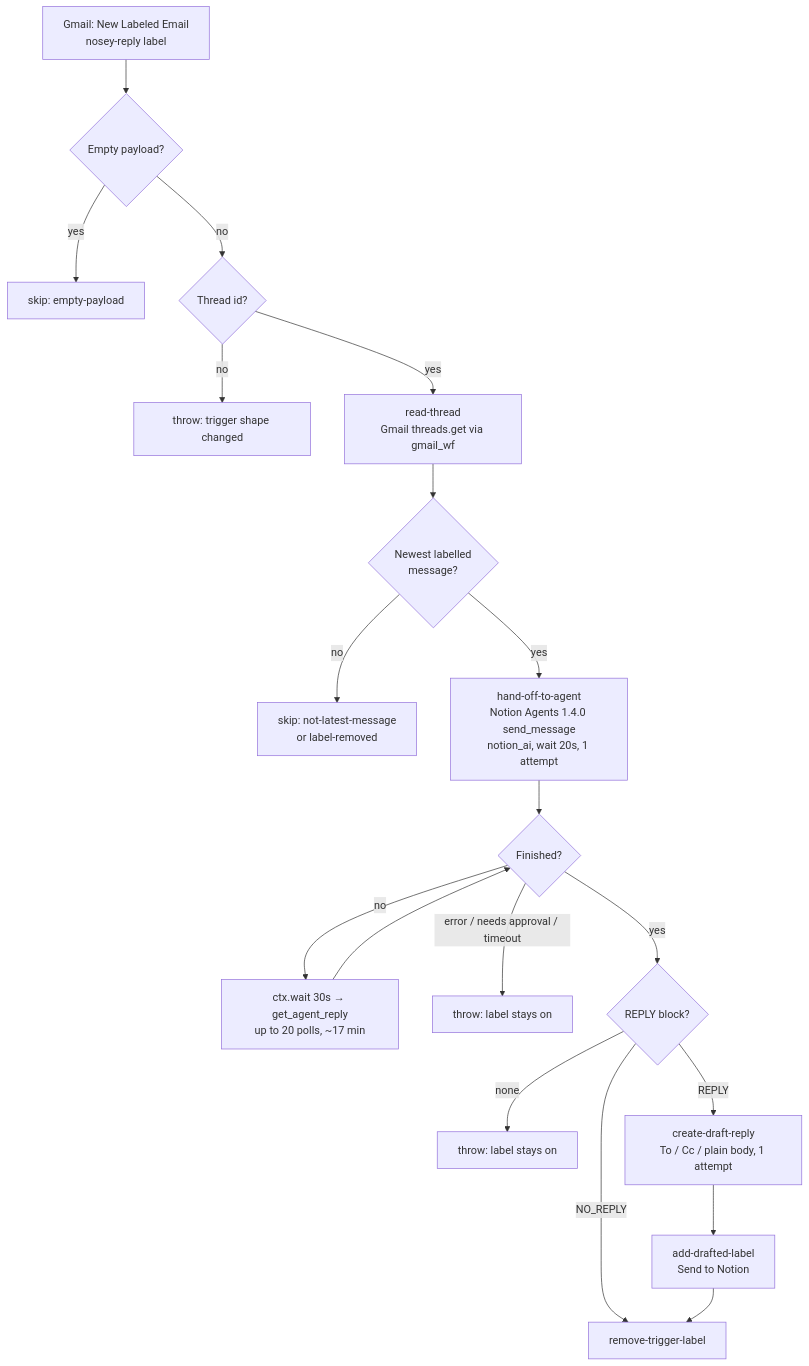
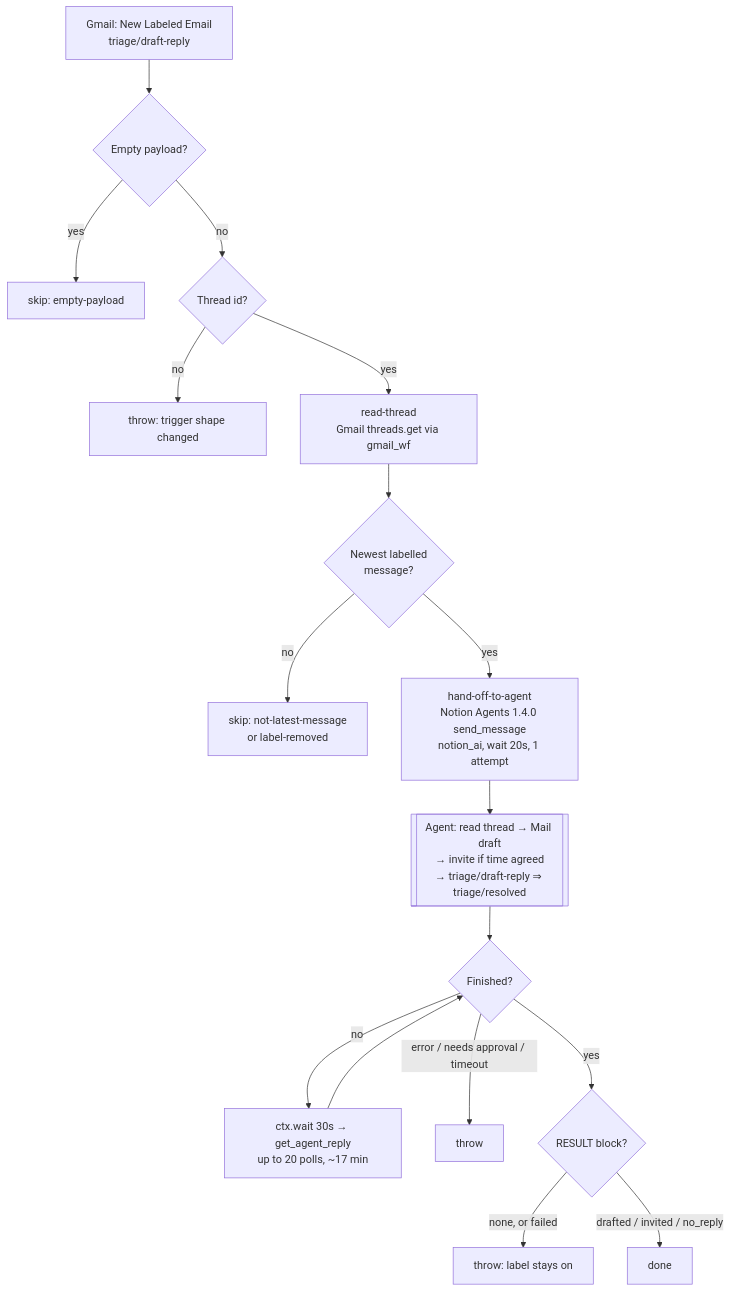
Before and after one commit to work-flowers/zapier-sdk: the diagram in gmail-label-to-agent-email-draft/README.md, drawn with Mermaid. The commit also changed other lines of this file and 5 other files, not shown here.

First line of the commit message:
gmail-label-to-agent-email-draft: one-way hand-off on triage/draft-reply

````diff
--- a/gmail-label-to-agent-email-draft/README.md
+++ b/gmail-label-to-agent-email-draft/README.md
@@ -9,21 +9,19 @@
 ```mermaid
 flowchart TD
-  A[Gmail: New Labeled Email<br/>nosey-reply label] --> B{Empty payload?}
+  A[Gmail: New Labeled Email<br/>triage/draft-reply] --> B{Empty payload?}
   B -- yes --> Z[skip: empty-payload]
   B -- no --> C{Thread id?}
   C -- no --> X[throw: trigger shape changed]
   C -- yes --> T[read-thread<br/>Gmail threads.get via gmail_wf]
   T --> N{Newest labelled<br/>message?}
   N -- no --> Z2[skip: not-latest-message<br/>or label-removed]
   N -- yes --> D[hand-off-to-agent<br/>Notion Agents 1.4.0 send_message<br/>notion_ai, wait 20s, 1 attempt]
-  D --> E{Finished?}
+  D --> AG[[Agent: read thread → Mail draft<br/>→ invite if time agreed<br/>→ triage/draft-reply ⇒ triage/resolved]]
+  AG --> E{Finished?}
   E -- no --> W[ctx.wait 30s → get_agent_reply<br/>up to 20 polls, ~17 min]
   W --> E
-  E -- error / needs approval / timeout --> X2[throw: label stays on]
-  E -- yes --> P{REPLY block?}
-  P -- none --> X3[throw: label stays on]
-  P -- NO_REPLY --> R[remove-trigger-label]
-  P -- REPLY --> G[create-draft-reply<br/>To / Cc / plain body, 1 attempt]
-  G --> L[add-drafted-label<br/>Send to Notion]
-  L --> R
+  E -- error / needs approval / timeout --> X2[throw]
+  E -- yes --> P{RESULT block?}
+  P -- none, or failed --> X3[throw: label stays on]
+  P -- drafted / invited / no_reply --> OK[done]
 ```
````
